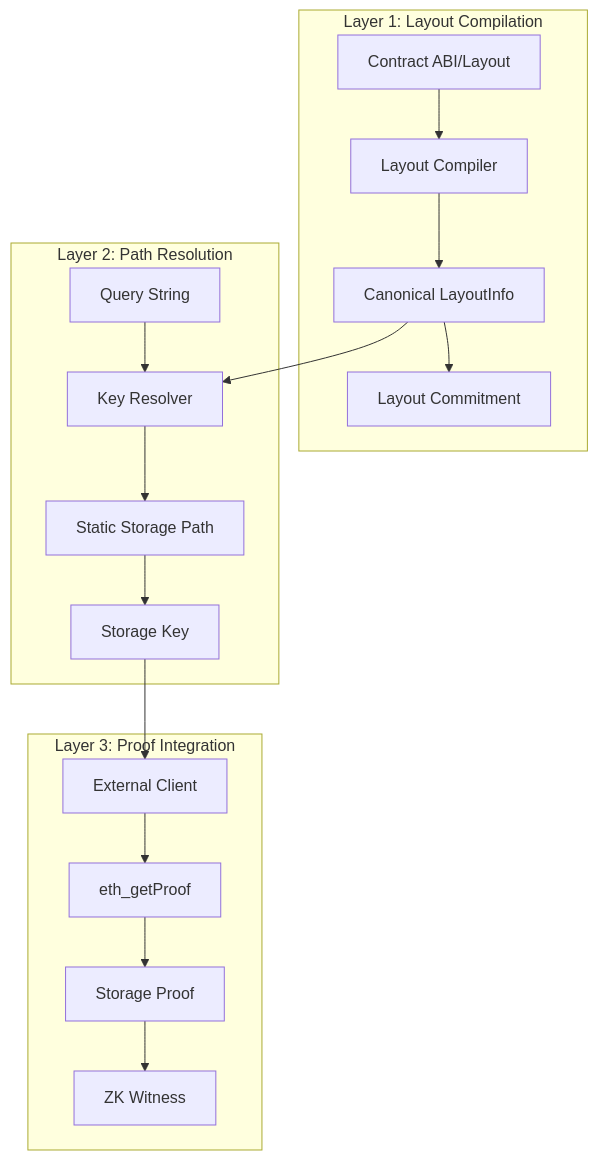
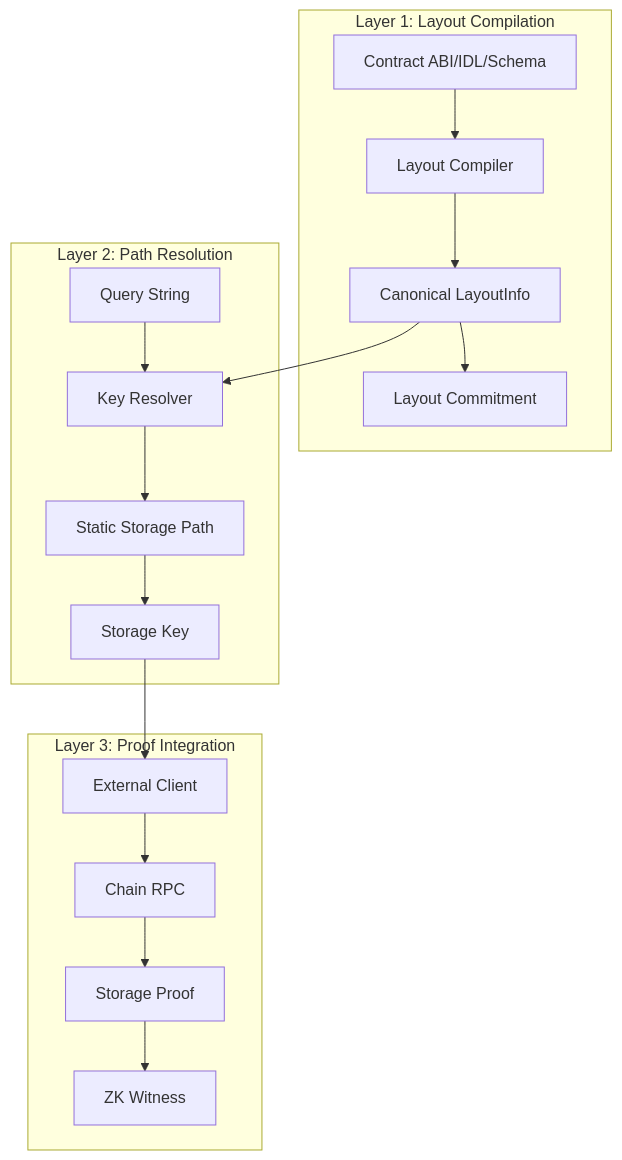
Before and after one commit to timewave-computer/traverse: the first of 2 diagrams in docs/architecture.md, drawn with Mermaid. The commit also changed other lines of this file and 38 other files, not shown here.

````diff
--- a/docs/architecture.md
+++ b/docs/architecture.md
@@ -16,22 +17,22 @@
 ```mermaid
 graph TB
     subgraph "Layer 1: Layout Compilation"
-        ABI[Contract ABI/Layout] --> LC[Layout Compiler]
+        ABI[Contract ABI/IDL/Schema] --> LC[Layout Compiler]
         LC --> LI[Canonical LayoutInfo]
         LI --> COMMIT[Layout Commitment]
     end
     
     subgraph "Layer 2: Path Resolution"
         QUERY[Query String] --> KR[Key Resolver]
         LI --> KR
         KR --> PATH[Static Storage Path]
         PATH --> KEY[Storage Key]
     end
     
     subgraph "Layer 3: Proof Integration"
         KEY --> EXT[External Client]
-        EXT --> RPC[eth_getProof]
+        EXT --> RPC[Chain RPC]
         RPC --> PROOF[Storage Proof]
         PROOF --> WITNESS[ZK Witness]
     end
 ```
````
